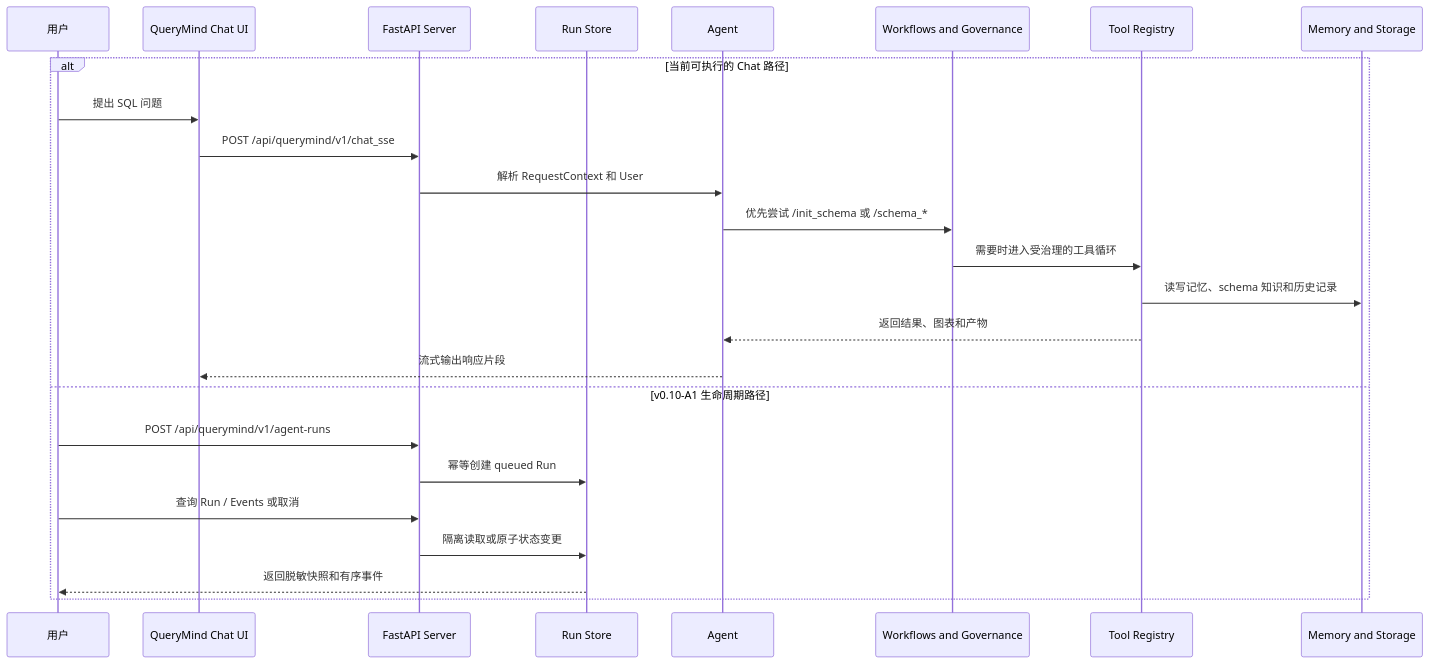
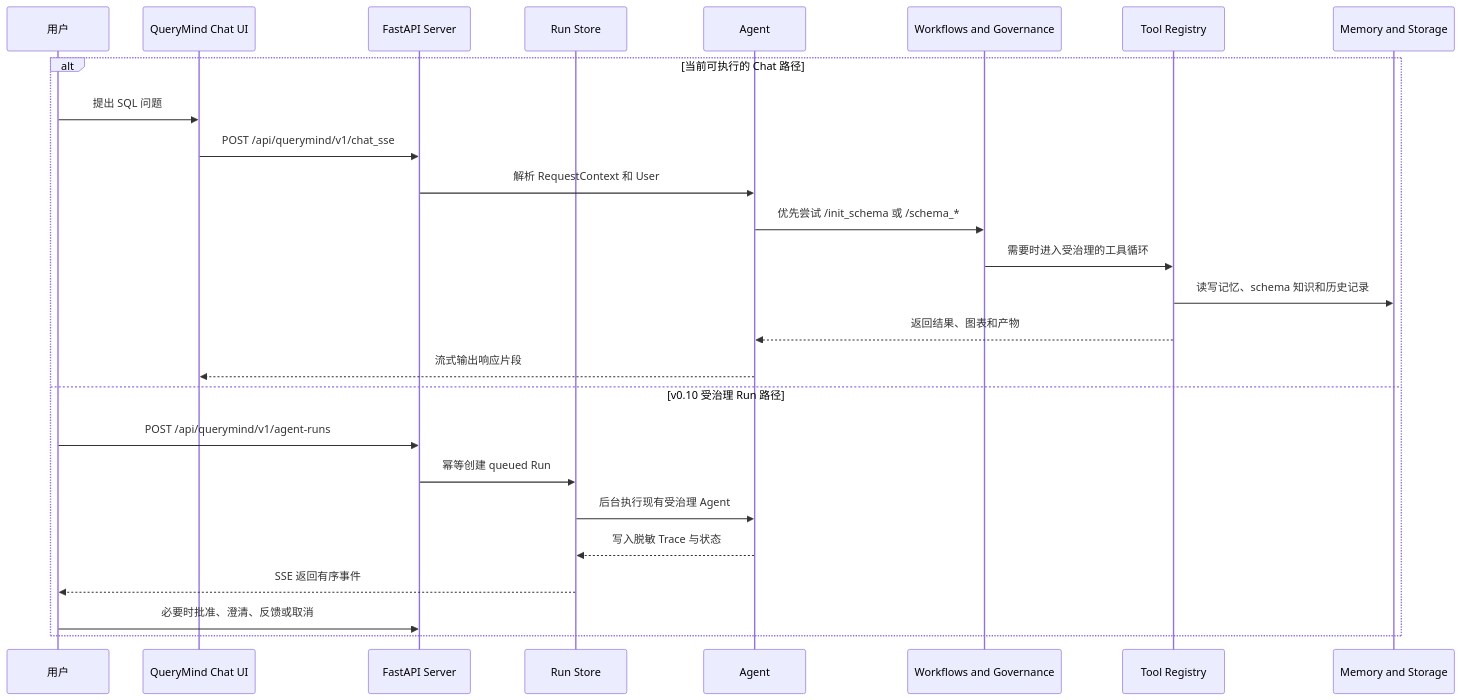
Before and after one commit to luyan9513/QueryMind-Enterprise: the diagram in README_zh.md, drawn with Mermaid. The commit also changed other lines of this file and 58 other files, not shown here.

````diff
--- a/README_zh.md
+++ b/README_zh.md
@@ -117,28 +118,29 @@
 ```mermaid
 sequenceDiagram
     participant U as 用户
     participant UI as QueryMind Chat UI
     participant API as FastAPI Server
     participant R as Run Store
     participant A as Agent
     participant W as Workflows and Governance
     participant T as Tool Registry
     participant M as Memory and Storage
 
     alt 当前可执行的 Chat 路径
         U->>UI: 提出 SQL 问题
         UI->>API: POST /api/querymind/v1/chat_sse
         API->>A: 解析 RequestContext 和 User
         A->>W: 优先尝试 /init_schema 或 /schema_*
         W->>T: 需要时进入受治理的工具循环
         T->>M: 读写记忆、schema 知识和历史记录
         T-->>A: 返回结果、图表和产物
         A-->>UI: 流式输出响应片段
-    else v0.10-A1 生命周期路径
+    else v0.10 受治理 Run 路径
         U->>API: POST /api/querymind/v1/agent-runs
         API->>R: 幂等创建 queued Run
-        U->>API: 查询 Run / Events 或取消
-        API->>R: 隔离读取或原子状态变更
-        R-->>U: 返回脱敏快照和有序事件
+        R->>A: 后台执行现有受治理 Agent
+        A-->>R: 写入脱敏 Trace 与状态
+        R-->>U: SSE 返回有序事件
+        U->>API: 必要时批准、澄清、反馈或取消
     end
 ```
````
